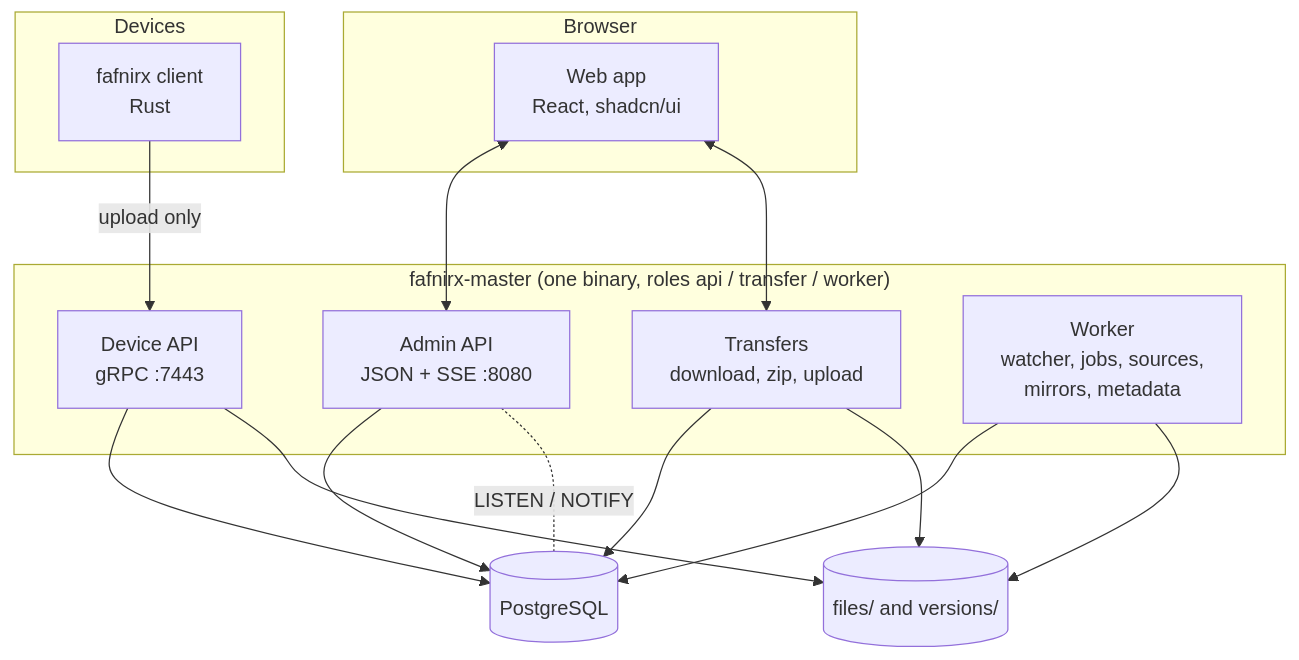
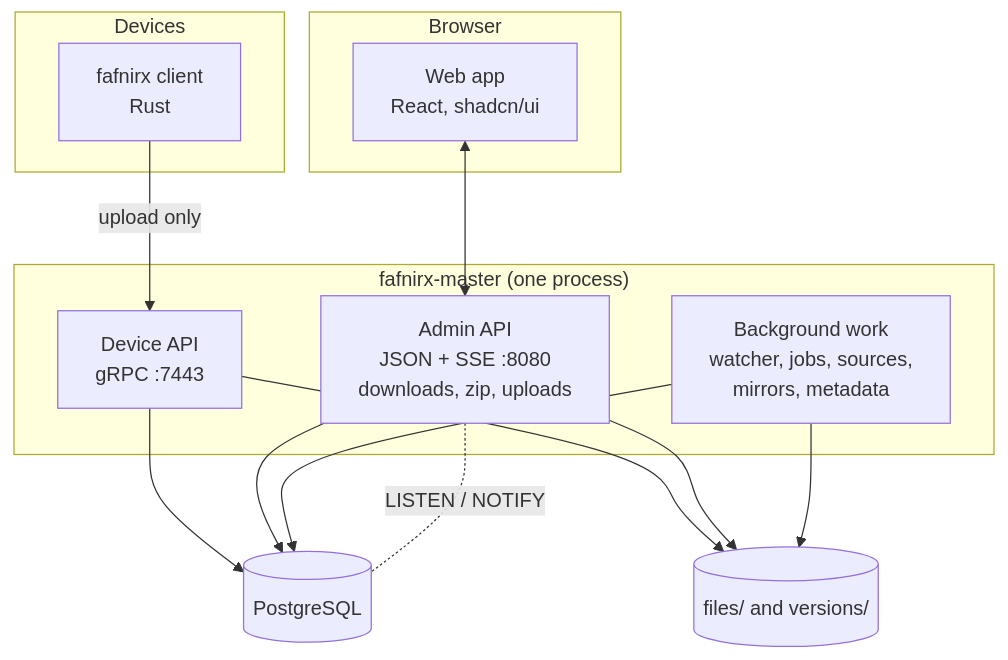
Before and after one commit to jameelhamdan/fafnirx: the first of 3 diagrams in docs/architecture.md, drawn with Mermaid. The commit also changed other lines of this file and 116 other files, not shown here.

````diff
--- a/docs/architecture.md
+++ b/docs/architecture.md
@@ -3,25 +3,23 @@
 ```mermaid
 flowchart TB
     subgraph DEVICES["Devices"]
         C["fafnirx client<br/>Rust"]
     end
     subgraph BROWSER["Browser"]
         W["Web app<br/>React, shadcn/ui"]
     end
-    subgraph MASTER["fafnirx-master (one binary, roles api / transfer / worker)"]
+    subgraph MASTER["fafnirx-master (one process)"]
         GRPC["Device API<br/>gRPC :7443"]
-        API["Admin API<br/>JSON + SSE :8080"]
-        XFER["Transfers<br/>download, zip, upload"]
-        WORK["Worker<br/>watcher, jobs, sources,<br/>mirrors, metadata"]
+        API["Admin API<br/>JSON + SSE :8080<br/>downloads, zip, uploads"]
+        WORK["Background work<br/>watcher, jobs, sources,<br/>mirrors, metadata"]
     end
     PG[("PostgreSQL")]
     FS[("files/ and versions/")]
     C -- "upload only" --> GRPC
     W <--> API
-    W <--> XFER
     GRPC --> PG & FS
     API --> PG
-    XFER --> PG & FS
+    API --> FS
     WORK --> PG & FS
     API -. "LISTEN / NOTIFY" .- PG
 ```
````
